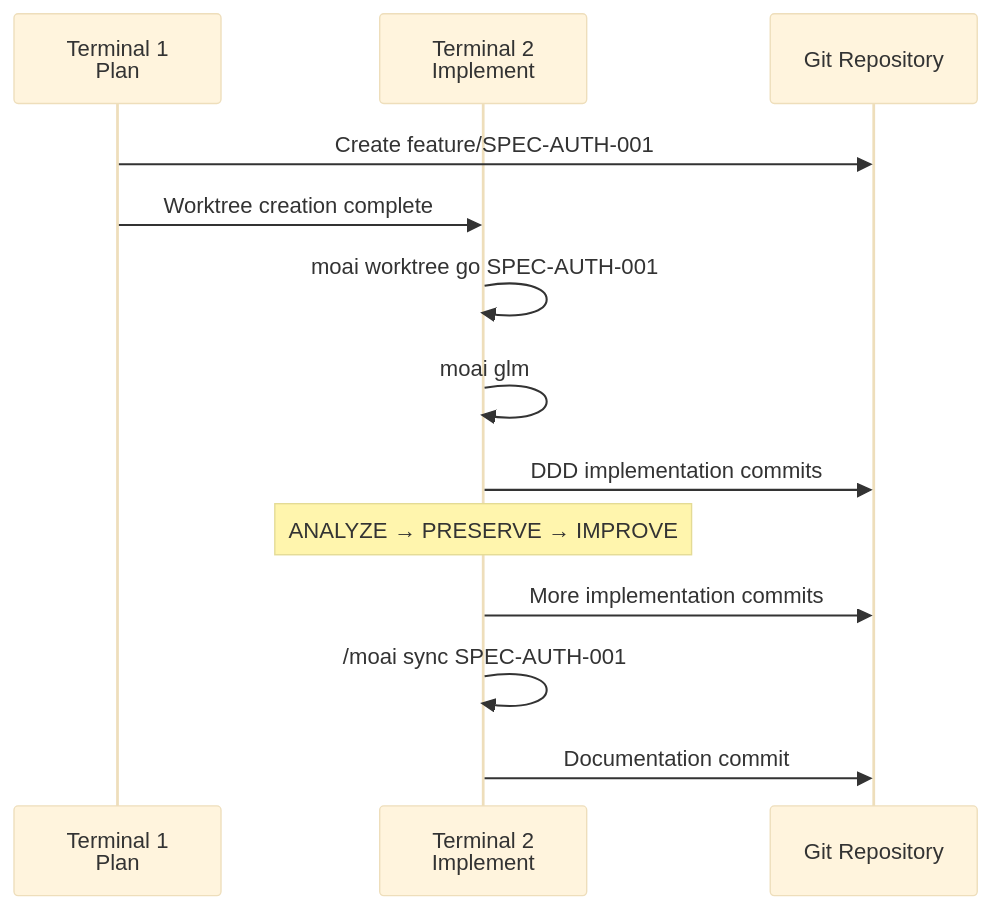
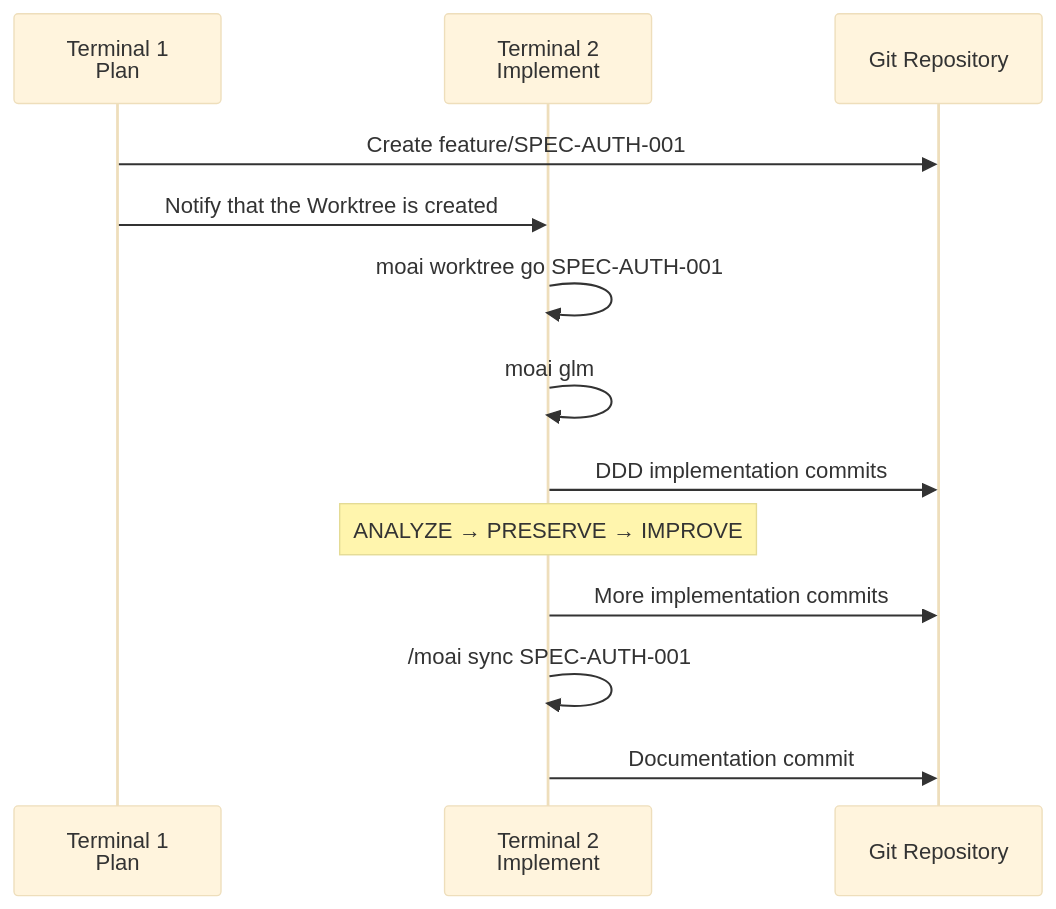
Before and after one commit to modu-ai/moai-adk: the sixth of 10 diagrams in docs-site/content/en/worktree/guide.md, drawn with Mermaid (base theme). The commit also changed other lines of this file and 180 other files, not shown here.

````diff
--- a/docs-site/content/en/worktree/guide.md
+++ b/docs-site/content/en/worktree/guide.md
@@ -432,18 +408,18 @@
 ```mermaid
 sequenceDiagram
     participant T1 as Terminal 1<br/>Plan
     participant T2 as Terminal 2<br/>Implement
     participant Git as Git Repository
 
     T1->>Git: Create feature/SPEC-AUTH-001
-    T1->>T2: Worktree creation complete
+    T1->>T2: Notify that the Worktree is created
 
     T2->>T2: moai worktree go SPEC-AUTH-001
     T2->>T2: moai glm
     T2->>Git: DDD implementation commits
     Note over T2: ANALYZE → PRESERVE → IMPROVE
 
     T2->>Git: More implementation commits
     T2->>T2: /moai sync SPEC-AUTH-001
     T2->>Git: Documentation commit
 ```
````
